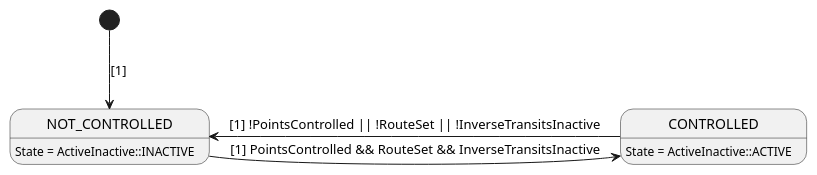
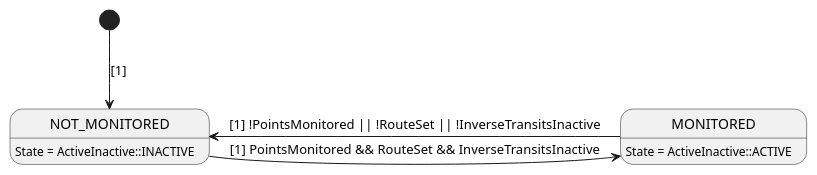
The diagram in locking_table_interlocking/generic_application/graphs/route_monitoring.puml (osmhpi/interlocking), drawn with PlantUML before and after one commit. The commit also changed 102 other files, not shown here.

```diff
--- a/locking_table_interlocking/generic_application/graphs/route_monitoring.puml
+++ b/locking_table_interlocking/generic_application/graphs/route_monitoring.puml
@@ -1,10 +1,10 @@
 @startuml RouteMonitoring
 
-[*] --> NOT_CONTROLLED: [1]
-NOT_CONTROLLED -right-> CONTROLLED: [1] PointsControlled && RouteSet && InverseTransitsInactive
-CONTROLLED -left-> NOT_CONTROLLED: [1] !PointsControlled || !RouteSet || !InverseTransitsInactive
+[*] --> NOT_MONITORED: [1]
+NOT_MONITORED -right-> MONITORED: [1] PointsMonitored && RouteSet && InverseTransitsInactive
+MONITORED -left-> NOT_MONITORED: [1] !PointsMonitored || !RouteSet || !InverseTransitsInactive
 
-NOT_CONTROLLED: State = ActiveInactive::INACTIVE
-CONTROLLED: State = ActiveInactive::ACTIVE
+NOT_MONITORED: State = ActiveInactive::INACTIVE
+MONITORED: State = ActiveInactive::ACTIVE
 
 @enduml
```
